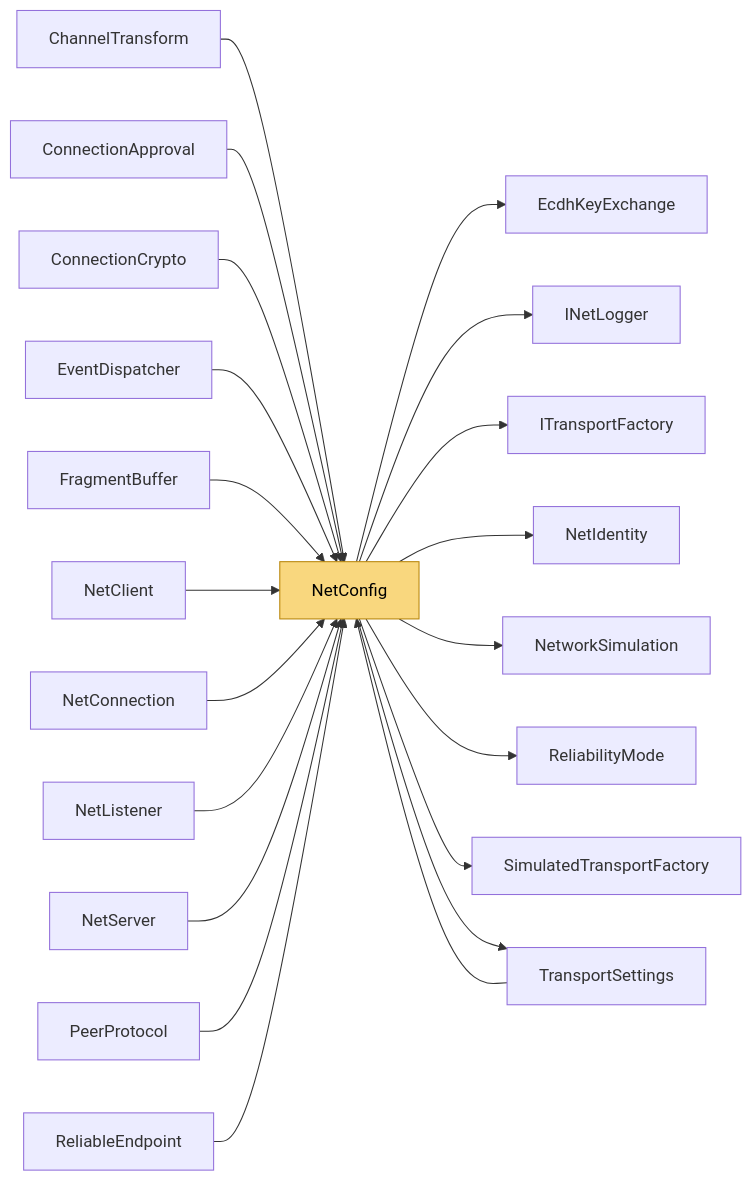
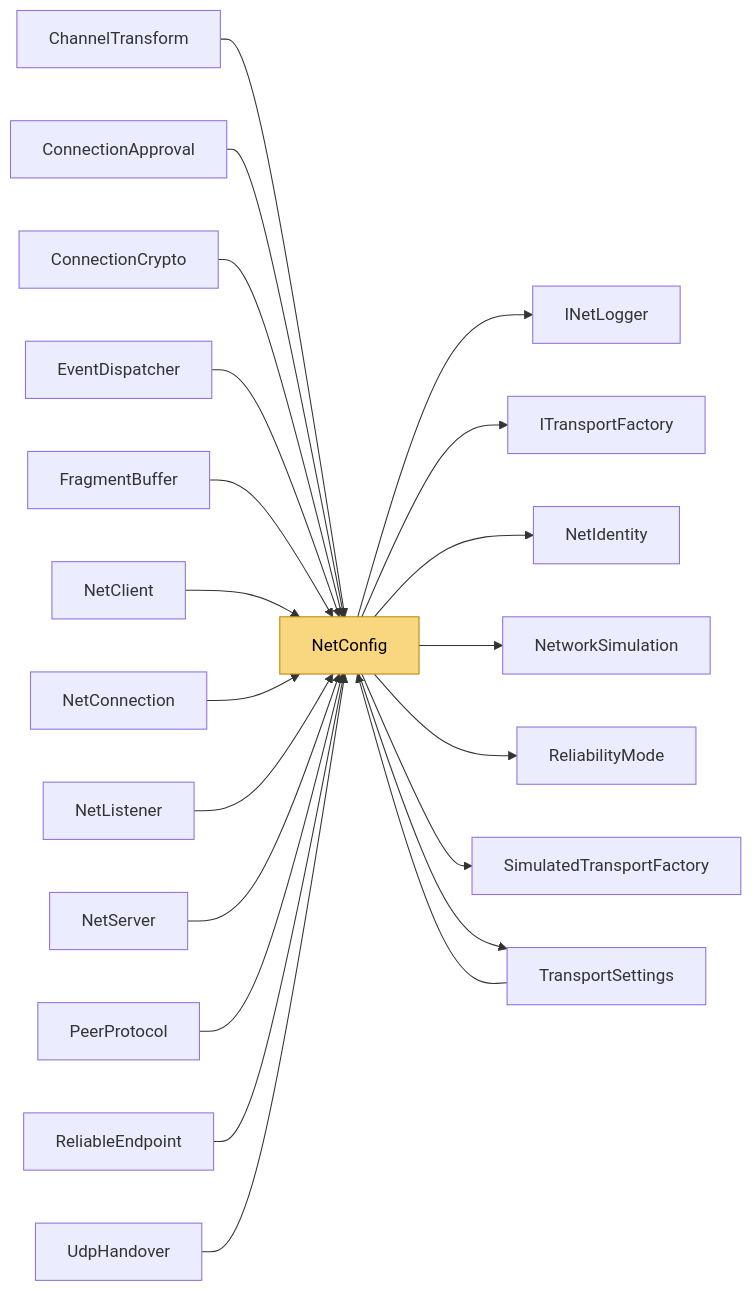
Before and after one commit to VladislavKresov/NetSync: the diagram in docs/Code/Root/NetConfig.md, drawn with Mermaid. The commit also changed other lines of this file and 56 other files, not shown here.

Commit message:
Docs: limitations and roadmap after rc.6 work; regenerated code reference

````diff
--- a/docs/Code/Root/NetConfig.md
+++ b/docs/Code/Root/NetConfig.md
@@ -109,25 +114,25 @@
 ```mermaid
 flowchart LR
   m_NetConfig["NetConfig"]:::self
-  m_NetConfig --> m_EcdhKeyExchange["EcdhKeyExchange"]
   m_NetConfig --> m_INetLogger["INetLogger"]
   m_NetConfig --> m_ITransportFactory["ITransportFactory"]
   m_NetConfig --> m_NetIdentity["NetIdentity"]
   m_NetConfig --> m_NetworkSimulation["NetworkSimulation"]
   m_NetConfig --> m_ReliabilityMode["ReliabilityMode"]
   m_NetConfig --> m_SimulatedTransportFactory["SimulatedTransportFactory"]
   m_NetConfig --> m_TransportSettings["TransportSettings"]
   m_ChannelTransform["ChannelTransform"] --> m_NetConfig
   m_ConnectionApproval["ConnectionApproval"] --> m_NetConfig
   m_ConnectionCrypto["ConnectionCrypto"] --> m_NetConfig
   m_EventDispatcher["EventDispatcher"] --> m_NetConfig
   m_FragmentBuffer["FragmentBuffer"] --> m_NetConfig
   m_NetClient["NetClient"] --> m_NetConfig
   m_NetConnection["NetConnection"] --> m_NetConfig
   m_NetListener["NetListener"] --> m_NetConfig
   m_NetServer["NetServer"] --> m_NetConfig
   m_PeerProtocol["PeerProtocol"] --> m_NetConfig
   m_ReliableEndpoint["ReliableEndpoint"] --> m_NetConfig
   m_TransportSettings --> m_NetConfig
+  m_UdpHandover["UdpHandover"] --> m_NetConfig
   classDef self fill:#f9d77e,stroke:#b8860b,color:#000
 ```
````
